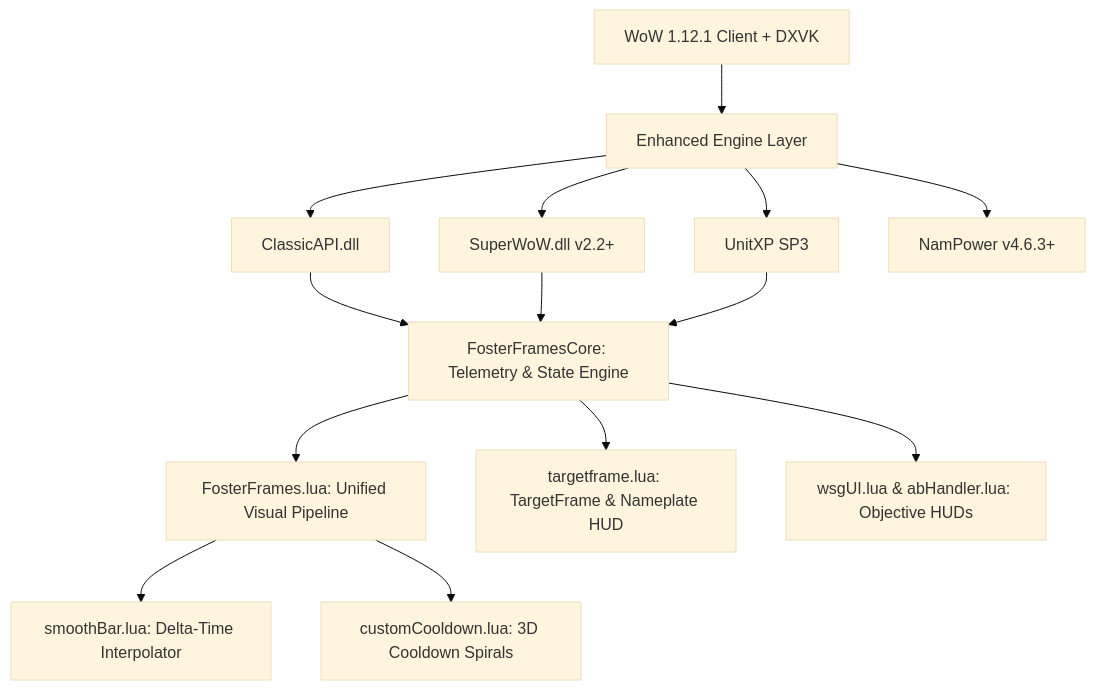
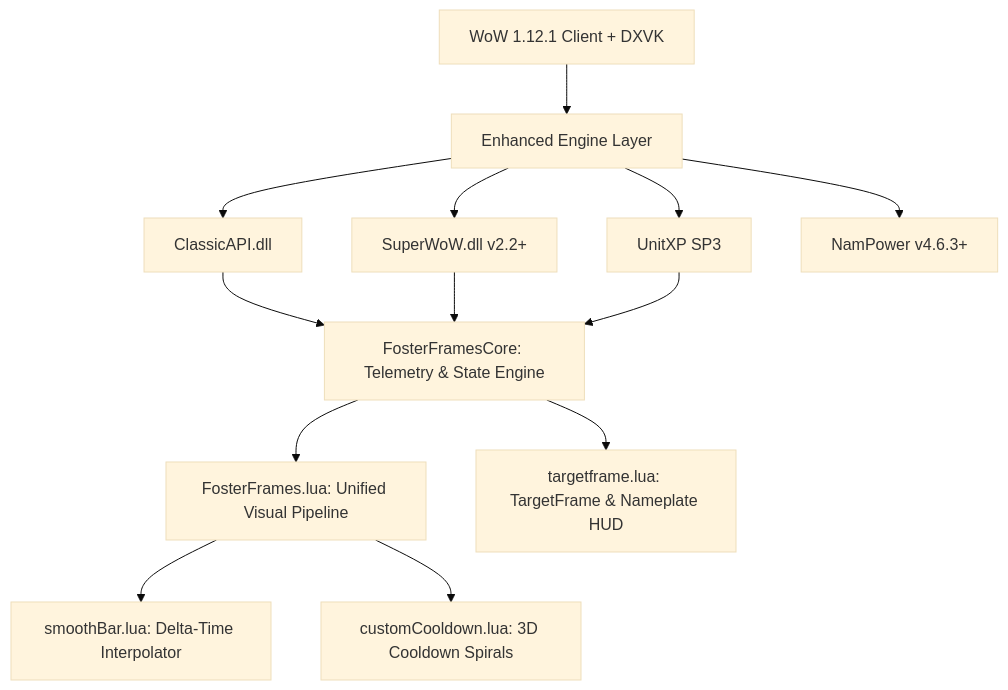
The diagram in README.md (Fostercare5988/FosterFrames), drawn with Mermaid (base theme) before and after one commit. The commit also changed other lines of this file and 10 other files, not shown here.

Commit message:
refactor(architecture): purge redundant WSG flags, AB alerts, and scoreboard hooks to AutoBG

````diff
--- a/README.md
+++ b/README.md
@@ -49,19 +49,18 @@
 ```mermaid
 graph TD
     Client[WoW 1.12.1 Client + DXVK] --> Engine[Enhanced Engine Layer]
     Engine --> CAPI[ClassicAPI.dll]
     Engine --> SW[SuperWoW.dll v2.2+]
     Engine --> UXP[UnitXP SP3]
     Engine --> NP[NamPower v4.6.3+]
 
     CAPI --> Core[FosterFramesCore: Telemetry & State Engine]
     SW --> Core
     UXP --> Core
 
     Core --> VSuite[FosterFrames.lua: Unified Visual Pipeline]
     Core --> TargetHUD[targetframe.lua: TargetFrame & Nameplate HUD]
-    Core --> BGHud[wsgUI.lua & abHandler.lua: Objective HUDs]
 
     VSuite --> Smooth[smoothBar.lua: Delta-Time Interpolator]
     VSuite --> CDModels[customCooldown.lua: 3D Cooldown Spirals]
 ```
````
